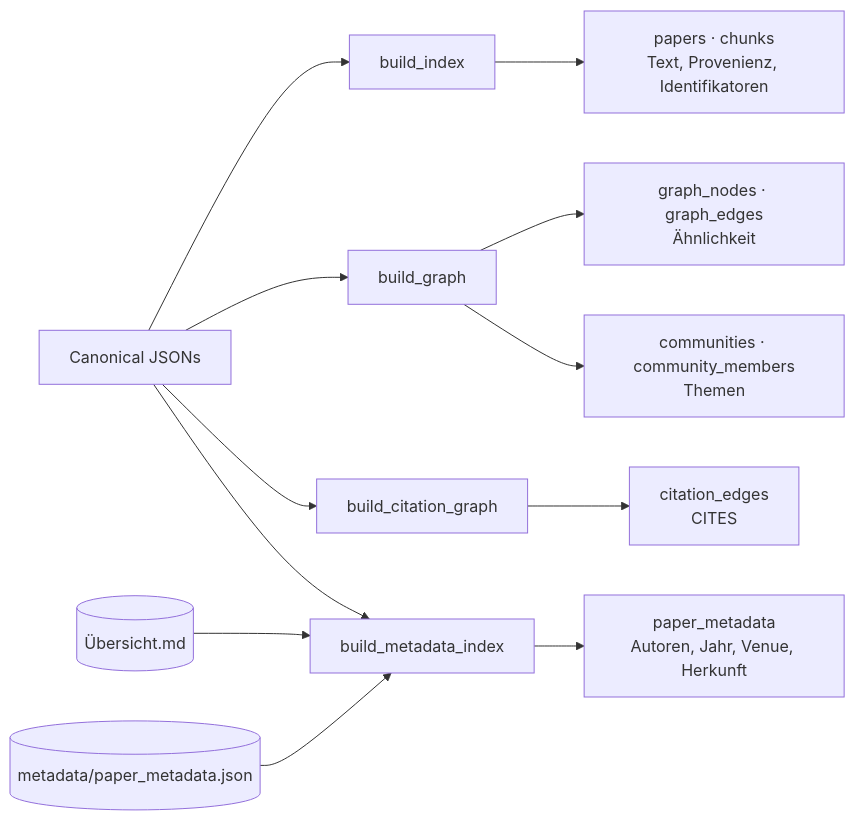
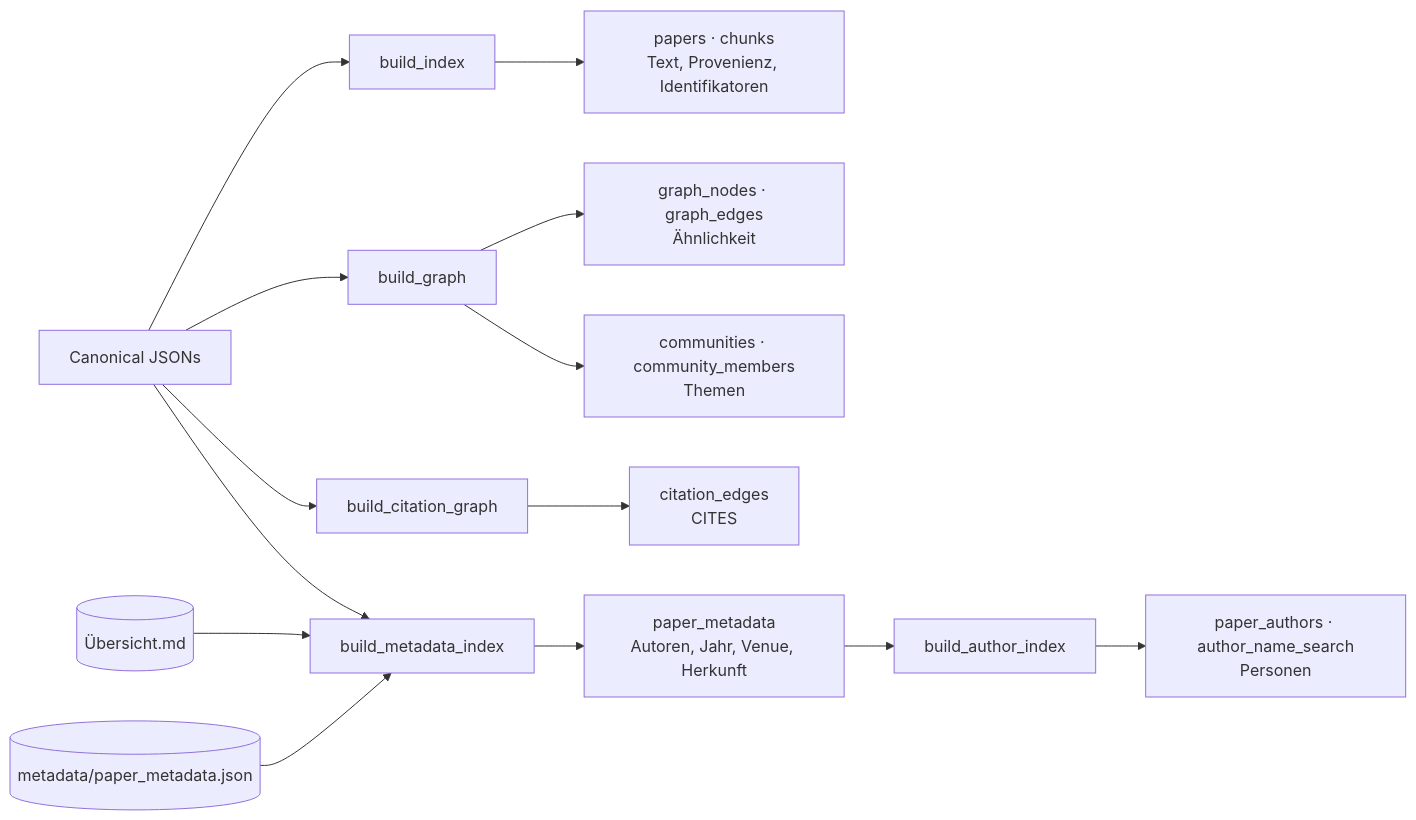
The eighth of 17 diagrams in docs/funktionsweise.md (MomoEngineer/research-graphrag), drawn with Mermaid before and after one commit. The commit also changed other lines of this file and 13 other files, not shown here.

````diff
--- a/docs/funktionsweise.md
+++ b/docs/funktionsweise.md
@@ -263,14 +263,16 @@
 ```mermaid
 flowchart LR
     CAN["Canonical JSONs"] --> BI["build_index"]
     CAN --> BG["build_graph"]
     CAN --> BC["build_citation_graph"]
     CAN --> BM["build_metadata_index"]
     UE[("Übersicht.md")] --> BM
     MJ[("metadata/paper_metadata.json")] --> BM
     BI --> T1["papers · chunks<br/>Text, Provenienz, Identifikatoren"]
     BG --> T2["graph_nodes · graph_edges<br/>Ähnlichkeit"]
     BG --> T3["communities · community_members<br/>Themen"]
     BC --> T4["citation_edges<br/>CITES"]
     BM --> T5["paper_metadata<br/>Autoren, Jahr, Venue, Herkunft"]
+    T5 --> BA["build_author_index"]
+    BA --> T6["paper_authors · author_name_search<br/>Personen"]
 ```
````
